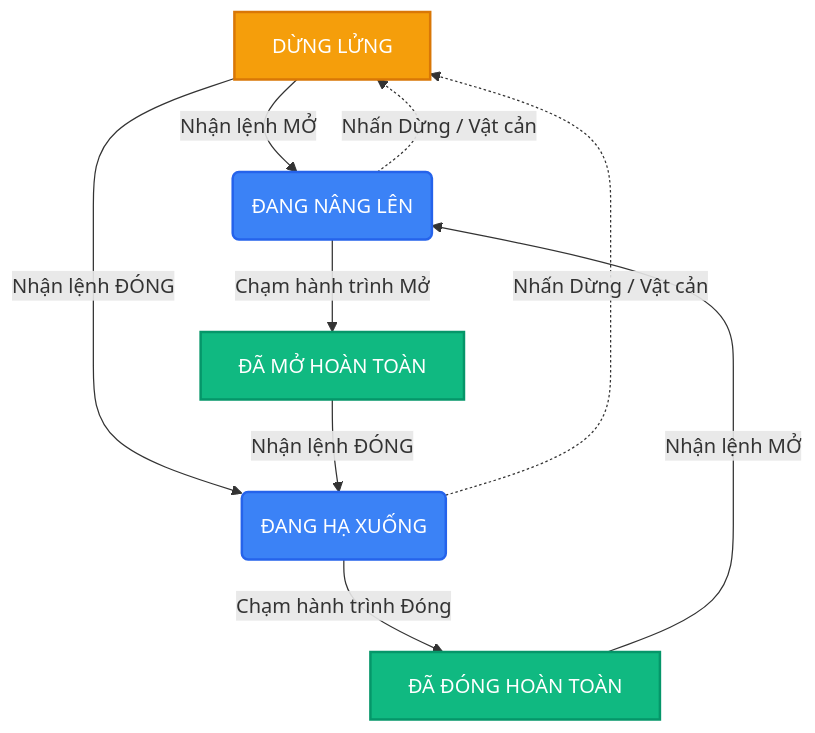
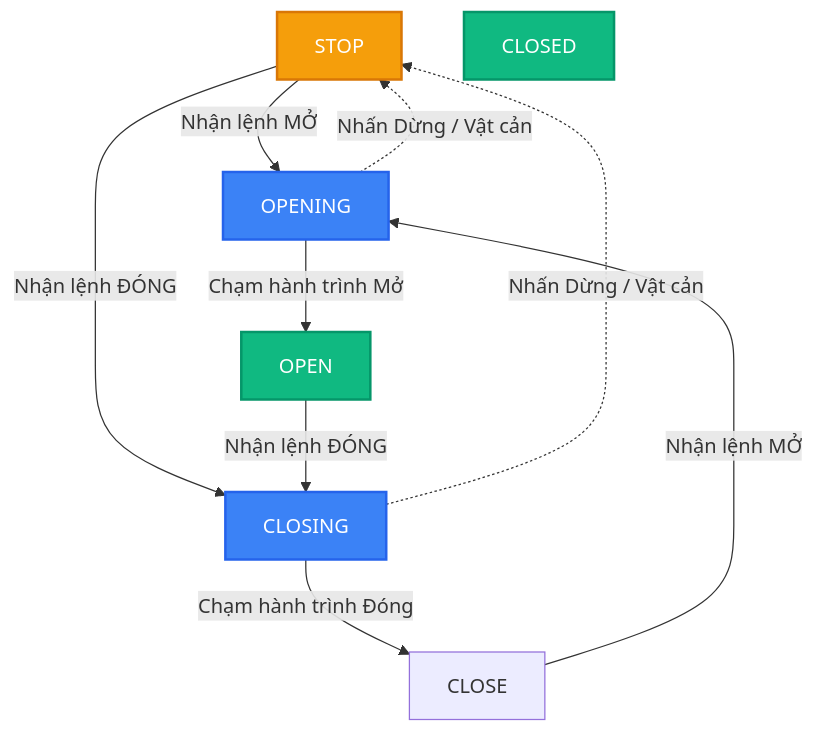
The diagram in docs/Bao_Cao_Tien_Do_Du_An.md (ninht365/ESP32-S3-BARRIER), drawn with Mermaid before and after one commit.

Commit message:
docs: add project progress report document

````diff
--- a/docs/Bao_Cao_Tien_Do_Du_An.md
+++ b/docs/Bao_Cao_Tien_Do_Du_An.md
@@ -57,25 +57,25 @@
 ```mermaid
 graph TD
     classDef stable fill:#10b981,color:#fff,stroke:#059669,stroke-width:2px;
     classDef moving fill:#3b82f6,color:#fff,stroke:#2563eb,stroke-width:2px;
     classDef stopped fill:#f59e0b,color:#fff,stroke:#d97706,stroke-width:2px;
 
-    STOP[DỪNG LỬNG]:::stopped
-    OPEN[ĐÃ MỞ HOÀN TOÀN]:::stable
-    CLOSE[ĐÃ ĐÓNG HOÀN TOÀN]:::stable
+    STOP[STOP]:::stopped
+    OPEN[OPEN]:::stable
+    CLOSED[CLOSED]:::stable
     
-    OPENING(ĐANG NÂNG LÊN):::moving
-    CLOSING(ĐANG HẠ XUỐNG):::moving
+    OPENING[OPENING]:::moving
+    CLOSING[CLOSING]:::moving
 
     STOP -->|Nhận lệnh MỞ| OPENING
     STOP -->|Nhận lệnh ĐÓNG| CLOSING
     
     OPENING -->|Chạm hành trình Mở| OPEN
     CLOSING -->|Chạm hành trình Đóng| CLOSE
     
     OPEN -->|Nhận lệnh ĐÓNG| CLOSING
     CLOSE -->|Nhận lệnh MỞ| OPENING
     
     OPENING -.->|Nhấn Dừng / Vật cản| STOP
     CLOSING -.->|Nhấn Dừng / Vật cản| STOP
 ```
````
